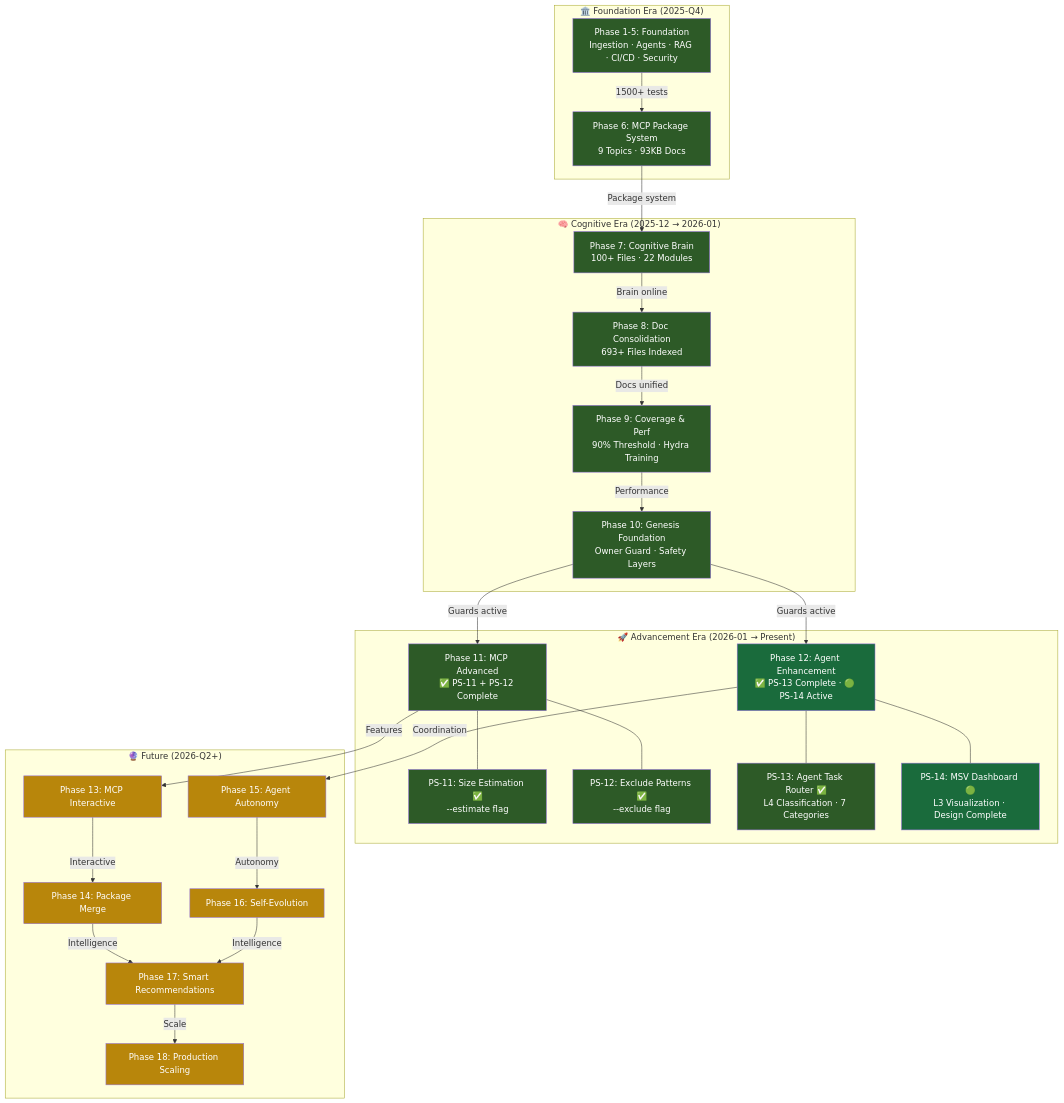
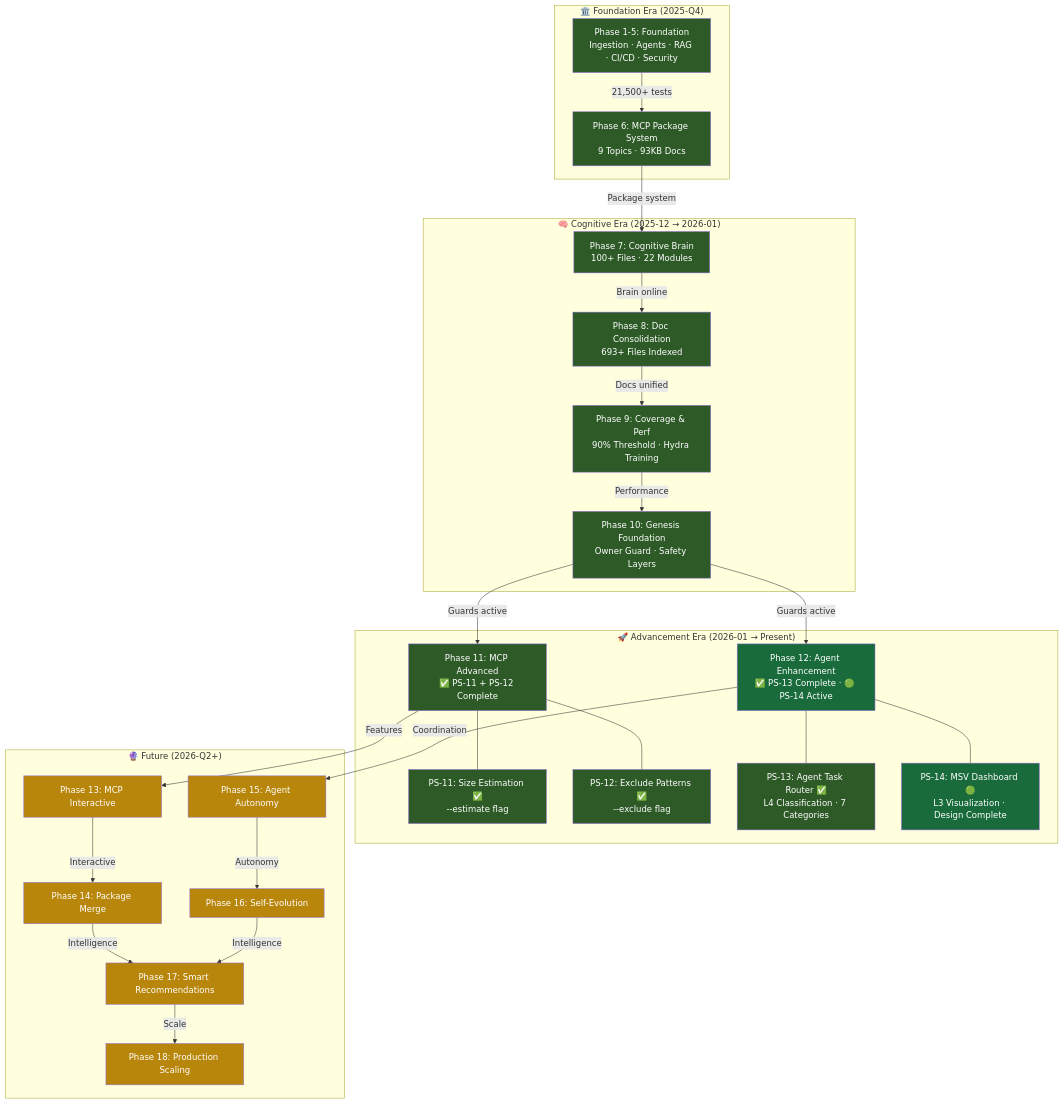
One commit to Aries-Serpent/_codex_ changed the first of 5 diagrams in docs/evolution/COGNITIVE_EVOLUTION_TREE.md. Above: the diagram before and after it, drawn with Mermaid. The commit also changed 6 other files, not shown here.

````diff
--- a/docs/evolution/COGNITIVE_EVOLUTION_TREE.md
+++ b/docs/evolution/COGNITIVE_EVOLUTION_TREE.md
@@ -11,69 +11,69 @@
 ```mermaid
 graph TD
     subgraph Foundation["🏛️ Foundation Era (2025-Q4)"]
         P1[Phase 1-5: Foundation<br/>Ingestion · Agents · RAG · CI/CD · Security]
         P6[Phase 6: MCP Package System<br/>9 Topics · 93KB Docs]
     end
 
     subgraph Cognitive["🧠 Cognitive Era (2025-12 → 2026-01)"]
         P7[Phase 7: Cognitive Brain<br/>100+ Files · 22 Modules]
         P8[Phase 8: Doc Consolidation<br/>693+ Files Indexed]
         P9[Phase 9: Coverage & Perf<br/>90% Threshold · Hydra Training]
         P10[Phase 10: Genesis Foundation<br/>Owner Guard · Safety Layers]
     end
 
     subgraph Advancement["🚀 Advancement Era (2026-01 → Present)"]
         P11[Phase 11: MCP Advanced<br/>✅ PS-11 + PS-12 Complete]
         P12[Phase 12: Agent Enhancement<br/>✅ PS-13 Complete · 🟢 PS-14 Active]
         PS11[PS-11: Size Estimation ✅<br/>--estimate flag]
         PS12[PS-12: Exclude Patterns ✅<br/>--exclude flag]
         PS13[PS-13: Agent Task Router ✅<br/>L4 Classification · 7 Categories]
         PS14[PS-14: MSV Dashboard 🟢<br/>L3 Visualization · Design Complete]
         P11 --- PS11
         P11 --- PS12
         P12 --- PS13
         P12 --- PS14
     end
 
     subgraph Future["🔮 Future (2026-Q2+)"]
         P13[Phase 13: MCP Interactive]
         P14[Phase 14: Package Merge]
         P15[Phase 15: Agent Autonomy]
         P16[Phase 16: Self-Evolution]
         P17[Phase 17: Smart Recommendations]
         P18[Phase 18: Production Scaling]
     end
 
-    P1 -->|"1500+ tests"| P6
+    P1 -->|"21,500+ tests"| P6
     P6 -->|"Package system"| P7
     P7 -->|"Brain online"| P8
     P8 -->|"Docs unified"| P9
     P9 -->|"Performance"| P10
     P10 -->|"Guards active"| P11
     P10 -->|"Guards active"| P12
     P11 -->|"Features"| P13
     P12 -->|"Coordination"| P15
     P13 -->|"Interactive"| P14
     P15 -->|"Autonomy"| P16
     P14 & P16 -->|"Intelligence"| P17
     P17 -->|"Scale"| P18
 
     style P1 fill:#2d5a27,color:#fff
     style P6 fill:#2d5a27,color:#fff
     style P7 fill:#2d5a27,color:#fff
     style P8 fill:#2d5a27,color:#fff
     style P9 fill:#2d5a27,color:#fff
     style P10 fill:#2d5a27,color:#fff
     style P11 fill:#2d5a27,color:#fff
     style P12 fill:#1a6b3c,color:#fff
     style PS11 fill:#2d5a27,color:#fff
     style PS12 fill:#2d5a27,color:#fff
     style PS13 fill:#2d5a27,color:#fff
     style PS14 fill:#1a6b3c,color:#fff
     style P13 fill:#b8860b,color:#fff
     style P14 fill:#b8860b,color:#fff
     style P15 fill:#b8860b,color:#fff
     style P16 fill:#b8860b,color:#fff
     style P17 fill:#b8860b,color:#fff
     style P18 fill:#b8860b,color:#fff
 ```
````
